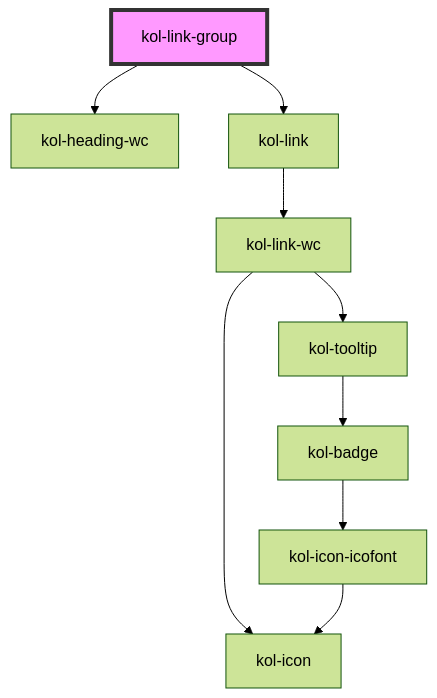
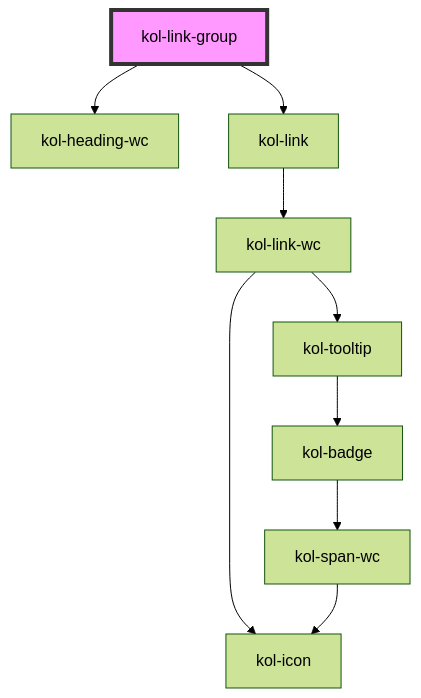
Before and after one commit to public-ui/kolibri: the diagram in packages/library/src/components/link-group/readme.md, drawn with Mermaid (forest theme). The commit also changed 34 other files, not shown here.

````diff
--- a/packages/library/src/components/link-group/readme.md
+++ b/packages/library/src/components/link-group/readme.md
@@ -124,12 +124,12 @@
 ```mermaid
 graph TD;
   kol-link-group --> kol-heading-wc
   kol-link-group --> kol-link
   kol-link --> kol-link-wc
   kol-link-wc --> kol-icon
   kol-link-wc --> kol-tooltip
   kol-tooltip --> kol-badge
-  kol-badge --> kol-icon-icofont
-  kol-icon-icofont --> kol-icon
+  kol-badge --> kol-span-wc
+  kol-span-wc --> kol-icon
   style kol-link-group fill:#f9f,stroke:#333,stroke-width:4px
 ```
````
